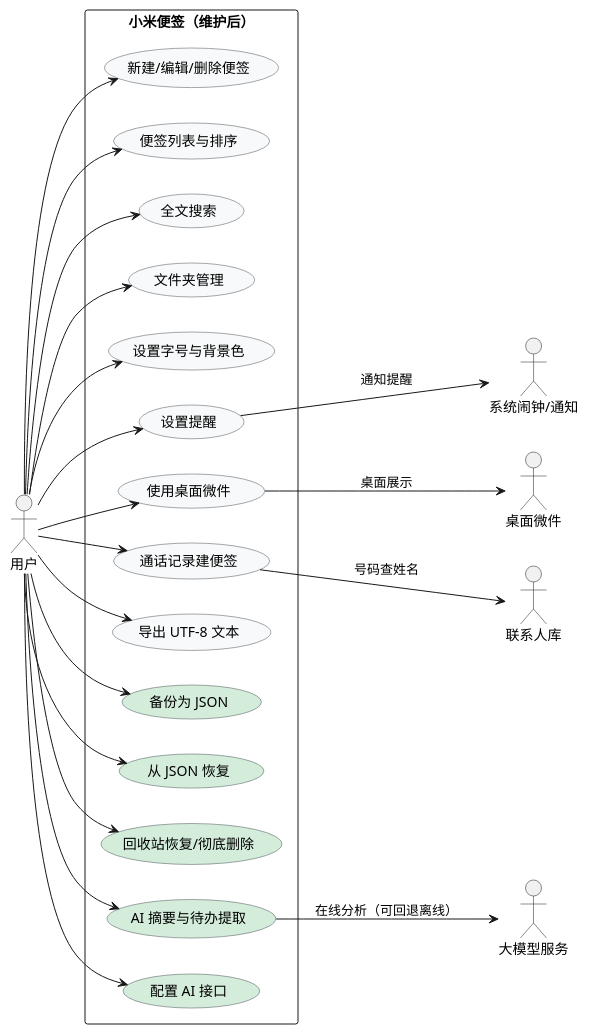
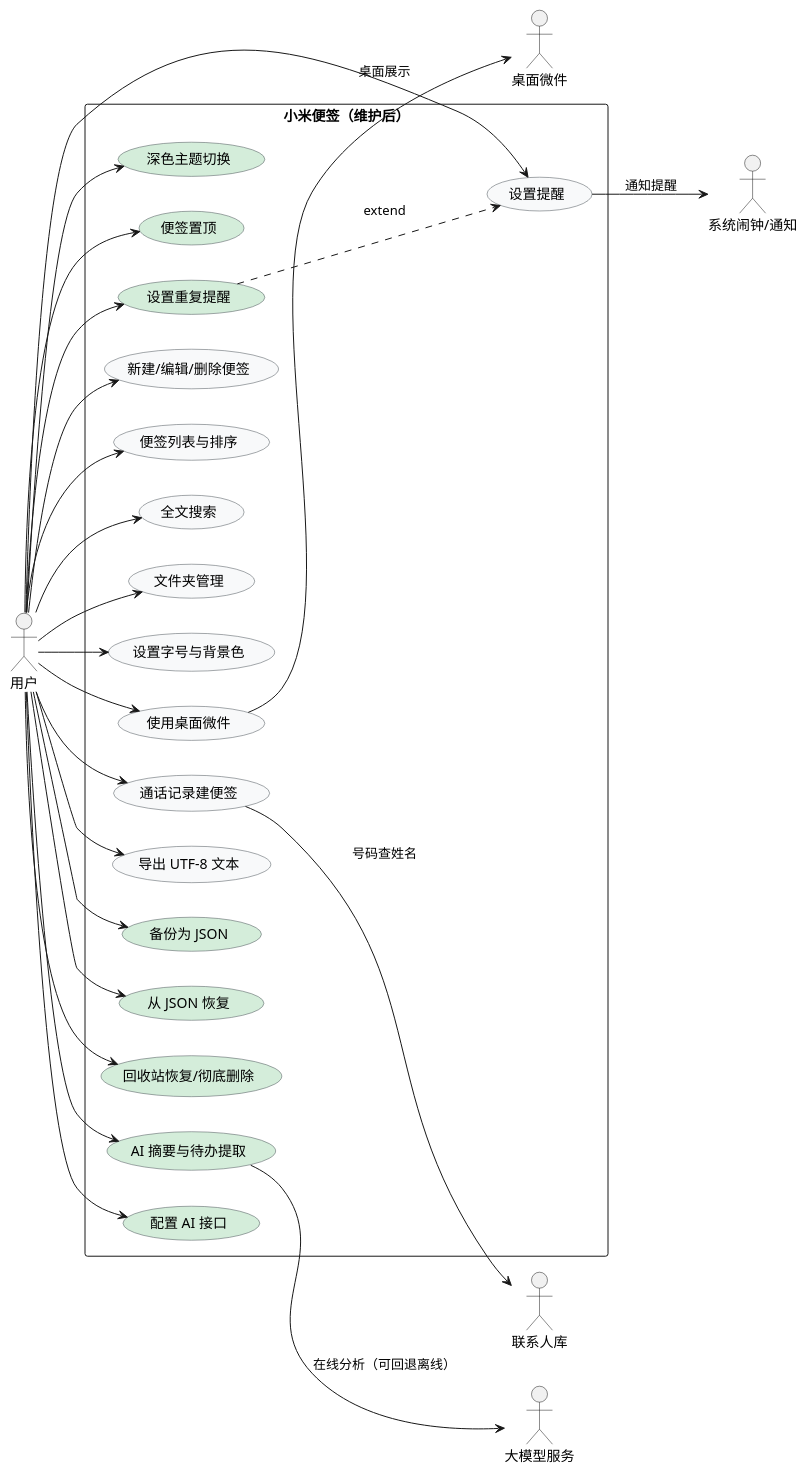
Before and after one commit to sys-analysis-design-team/micode-notes-maintenance: the diagram in docs/uml/use_case_after.puml, drawn with PlantUML. The commit also changed 19 other files, not shown here.

First line of the commit message:
docs: UML 与报告同步到 M7–M9，重扫 Sonar/Lint

```diff
--- a/docs/uml/use_case_after.puml
+++ b/docs/uml/use_case_after.puml
@@ -1,53 +1,60 @@
 @startuml
 ' 小米便签维护后功能用例图（维护新增用例用绿色标出）
 left to right direction
 skinparam packageStyle rectangle
 skinparam usecase {
   BackgroundColor #F8F9FA
   BorderColor #495057
 }
 
 actor "用户" as User
 actor "系统闹钟/通知" as Alarm
 actor "桌面微件" as Widget
 actor "联系人库" as Contacts
 actor "大模型服务" as LLM
 
 rectangle "小米便签（维护后）" {
   usecase "新建/编辑/删除便签" as UC1
   usecase "便签列表与排序" as UC2
   usecase "全文搜索" as UC3
   usecase "文件夹管理" as UC4
   usecase "设置字号与背景色" as UC5
   usecase "设置提醒" as UC6
   usecase "使用桌面微件" as UC7
   usecase "通话记录建便签" as UC8
 
   usecase "导出 UTF-8 文本" as UC9
   usecase "备份为 JSON" as UC11 #D4EDDA
   usecase "从 JSON 恢复" as UC12 #D4EDDA
   usecase "回收站恢复/彻底删除" as UC13 #D4EDDA
   usecase "AI 摘要与待办提取" as UC14 #D4EDDA
   usecase "配置 AI 接口" as UC15 #D4EDDA
+  usecase "深色主题切换" as UC16 #D4EDDA
+  usecase "便签置顶" as UC17 #D4EDDA
+  usecase "设置重复提醒" as UC18 #D4EDDA
 }
 
 User --> UC1
 User --> UC2
 User --> UC3
 User --> UC4
 User --> UC5
 User --> UC6
 User --> UC7
 User --> UC8
 User --> UC9
 User --> UC11
 User --> UC12
 User --> UC13
 User --> UC14
 User --> UC15
+User --> UC16
+User --> UC17
+User --> UC18
 
+UC18 ..> UC6 : «extend»
 UC6 --> Alarm : 通知提醒
 UC7 --> Widget : 桌面展示
 UC8 --> Contacts : 号码查姓名
 UC14 --> LLM : 在线分析（可回退离线）
 @enduml
```
